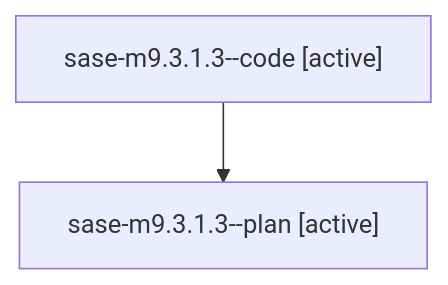
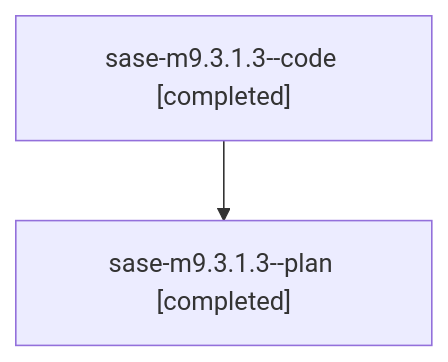
One commit to sase-org/sase--agents changed the diagram in families/bbugyi200.athena.sase-m9.3.1.3.md. Above: the diagram before and after it, drawn with Mermaid. The commit also changed other lines of this file and 147 other files, not shown here.

````diff
--- a/families/bbugyi200.athena.sase-m9.3.1.3.md
+++ b/families/bbugyi200.athena.sase-m9.3.1.3.md
@@ -9,6 +9,6 @@
 ```mermaid
 flowchart TD
-  n0["sase-m9.3.1.3--code [active]"]
-  n1["sase-m9.3.1.3--plan [active]"]
+  n0["sase-m9.3.1.3--code [completed]"]
+  n1["sase-m9.3.1.3--plan [completed]"]
   n0 --> n1
 ```
````
